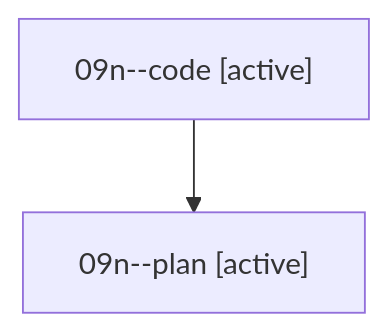
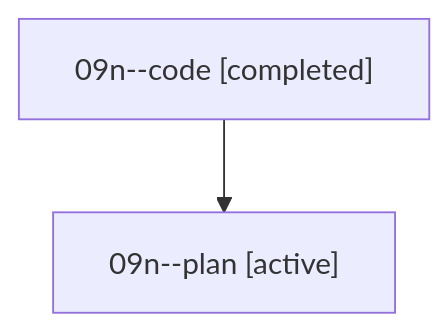
The diagram in families/bbugyi200.athena.09n.md (sase-org/sase--agents), drawn with Mermaid before and after one commit. The commit also changed other lines of this file and 35830 other files, not shown here.

````diff
--- a/families/bbugyi200.athena.09n.md
+++ b/families/bbugyi200.athena.09n.md
@@ -9,6 +9,6 @@
 ```mermaid
 flowchart TD
-  n0["09n--code [active]"]
+  n0["09n--code [completed]"]
   n1["09n--plan [active]"]
   n0 --> n1
 ```
````
